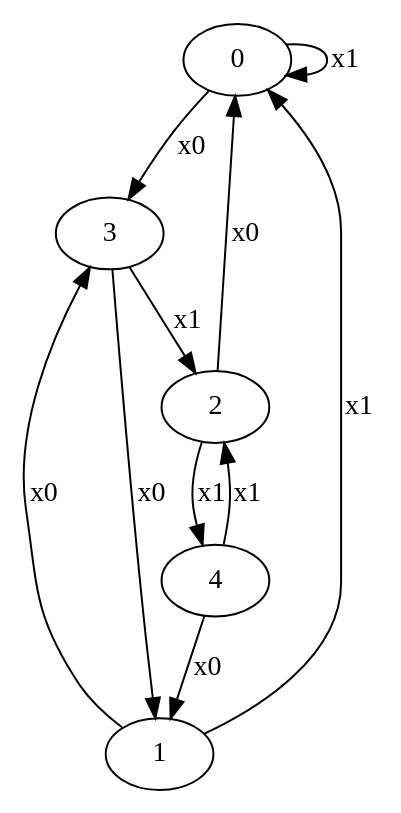
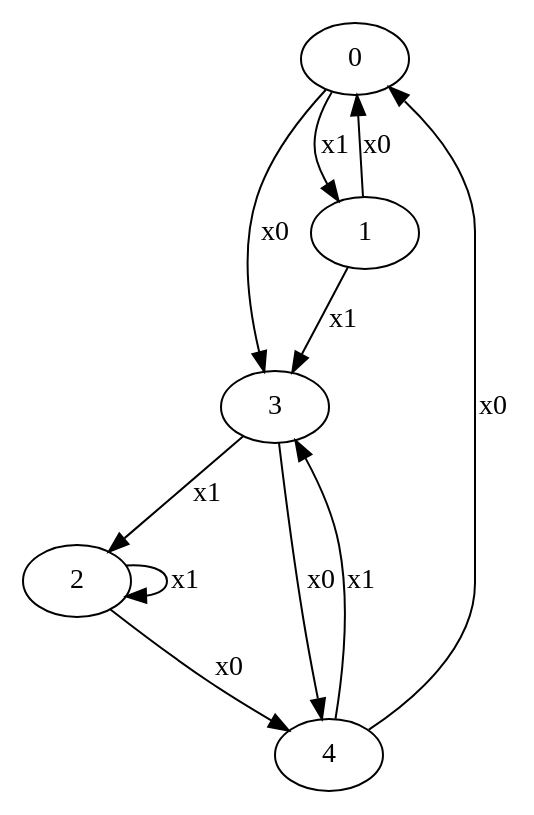
The diagram in transfer/graph.dot (waslost0/tafl), drawn with Graphviz before and after one commit. The commit also changed 13 other files, not shown here.

```diff
--- a/transfer/graph.dot
+++ b/transfer/graph.dot
@@ -1,12 +1,12 @@
 digraph {
 	0 -> 3[label=x0];
-	0 -> 0[label=x1];
-	1 -> 3[label=x0];
-	1 -> 0[label=x1];
-	2 -> 0[label=x0];
-	2 -> 4[label=x1];
-	3 -> 1[label=x0];
+	0 -> 1[label=x1];
+	1 -> 0[label=x0];
+	1 -> 3[label=x1];
+	2 -> 4[label=x0];
+	2 -> 2[label=x1];
+	3 -> 4[label=x0];
 	3 -> 2[label=x1];
-	4 -> 1[label=x0];
-	4 -> 2[label=x1];
+	4 -> 0[label=x0];
+	4 -> 3[label=x1];
 }
```
